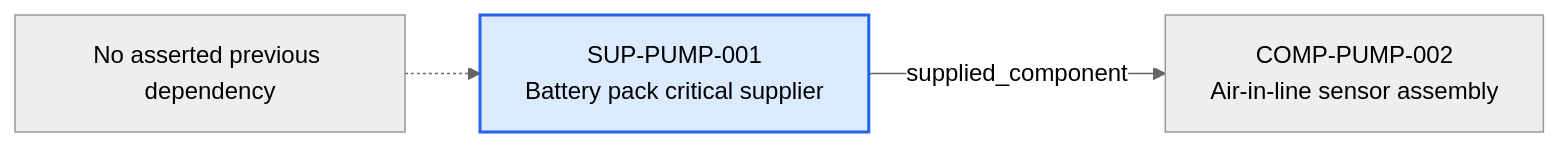
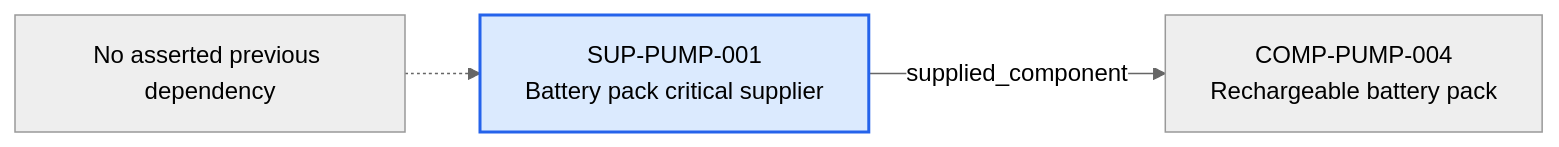
Before and after one commit to mvattulainen/mdrontology: the diagram in content/06-Infpump FlowGuard ontology notes/supplier/SUP-PUMP-001-battery-pack-critical-supplier.md, drawn with Mermaid (neutral theme). The commit also changed other lines of this file and 30 other files, not shown here.

````diff
--- a/content/06-Infpump FlowGuard ontology notes/supplier/SUP-PUMP-001-battery-pack-critical-supplier.md
+++ b/content/06-Infpump FlowGuard ontology notes/supplier/SUP-PUMP-001-battery-pack-critical-supplier.md
@@ -71,10 +71,10 @@
 ```mermaid
 flowchart LR
   CURRENT["SUP-PUMP-001<br/>Battery pack critical supplier"]
   PREV_NONE["No asserted previous dependency"]
   PREV_NONE -.-> CURRENT
-  NEXT0["COMP-PUMP-002<br/>Air-in-line sensor assembly"]
+  NEXT0["COMP-PUMP-004<br/>Rechargeable battery pack"]
   CURRENT -->|"supplied_component"| NEXT0
   classDef current fill:#dbeafe,stroke:#2563eb,stroke-width:2px
   class CURRENT current
 ```
````
